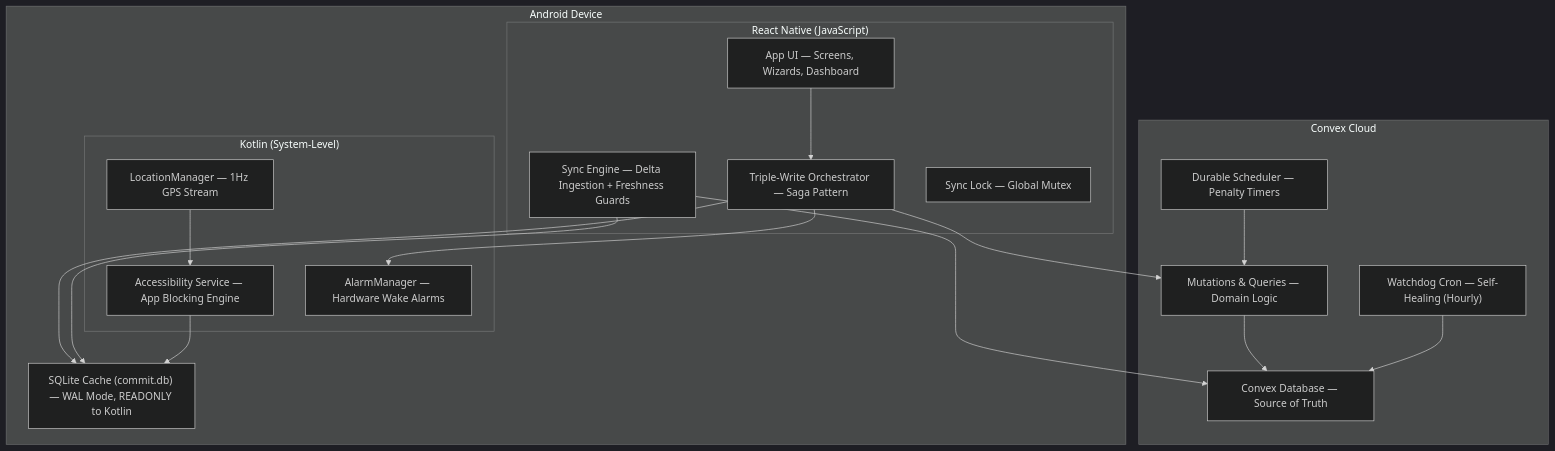
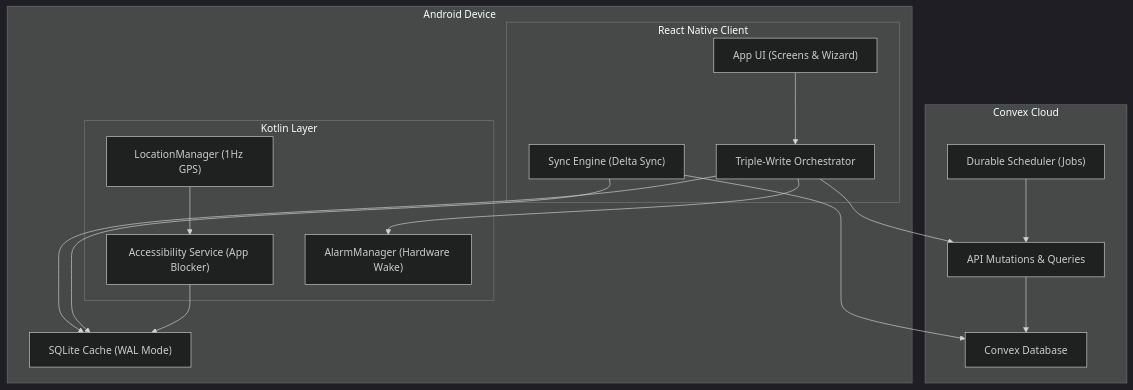
The fourth of 4 diagrams in index.mdx (Maajith9127/mintlify-docs), drawn with Mermaid (dark theme) before and after one commit. The commit also changed other lines of this file, not shown here.

````diff
--- a/index.mdx
+++ b/index.mdx
@@ -14,35 +114,32 @@
 ```mermaid
 graph TB
     subgraph Device["Android Device"]
-        subgraph JS["React Native (JavaScript)"]
-            UI["App UI — Screens, Wizards, Dashboard"]
-            SE["Sync Engine — Delta Ingestion + Freshness Guards"]
-            TWO["Triple-Write Orchestrator — Saga Pattern"]
-            SL["Sync Lock — Global Mutex"]
+        subgraph JS["React Native Client"]
+            UI["App UI (Screens & Wizard)"]
+            SE["Sync Engine (Delta Sync)"]
+            TWO["Triple-Write Orchestrator"]
         end
-        subgraph Native["Kotlin (System-Level)"]
-            ACC["Accessibility Service — App Blocking Engine"]
-            LOC["LocationManager — 1Hz GPS Stream"]
-            ALM["AlarmManager — Hardware Wake Alarms"]
+        subgraph Native["Kotlin Layer"]
+            ACC["Accessibility Service (App Blocker)"]
+            LOC["LocationManager (1Hz GPS)"]
+            ALM["AlarmManager (Hardware Wake)"]
         end
-        DB["SQLite Cache (commit.db) — WAL Mode, READONLY to Kotlin"]
+        DB["SQLite Cache (WAL Mode)"]
     end
     subgraph Cloud["Convex Cloud"]
-        MUT["Mutations & Queries — Domain Logic"]
-        SCHED["Durable Scheduler — Penalty Timers"]
-        WD["Watchdog Cron — Self-Healing (Hourly)"]
-        CDB["Convex Database — Source of Truth"]
+        API["API Mutations & Queries"]
+        SCHED["Durable Scheduler (Jobs)"]
+        CDB["Convex Database"]
     end
 
     UI --> TWO
-    TWO --> MUT
+    TWO --> API
     TWO --> DB
     TWO --> ALM
     SE --> CDB
     SE --> DB
     ACC --> DB
     LOC --> ACC
-    MUT --> CDB
-    SCHED --> MUT
-    WD --> CDB
+    API --> CDB
+    SCHED --> API
 ```
````
